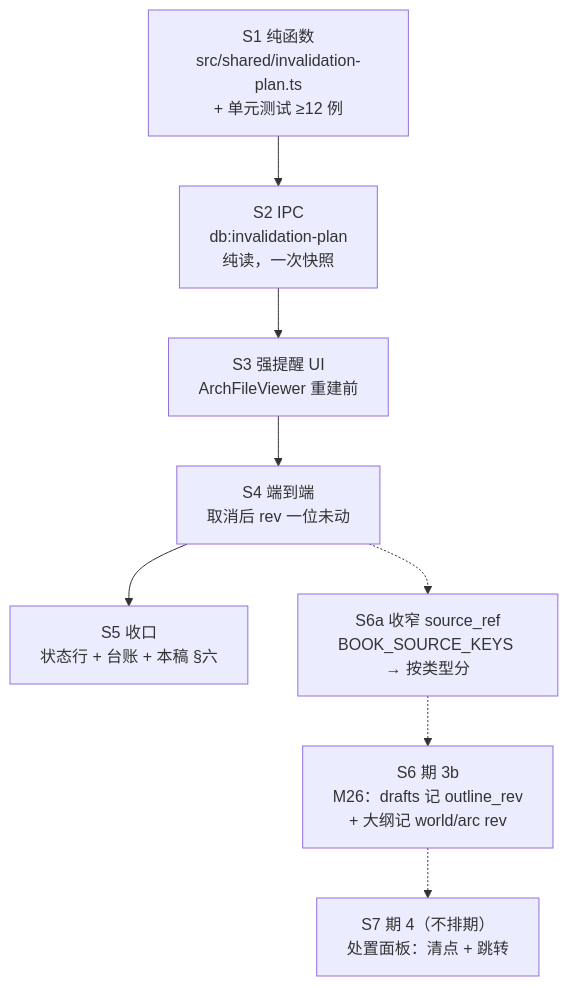
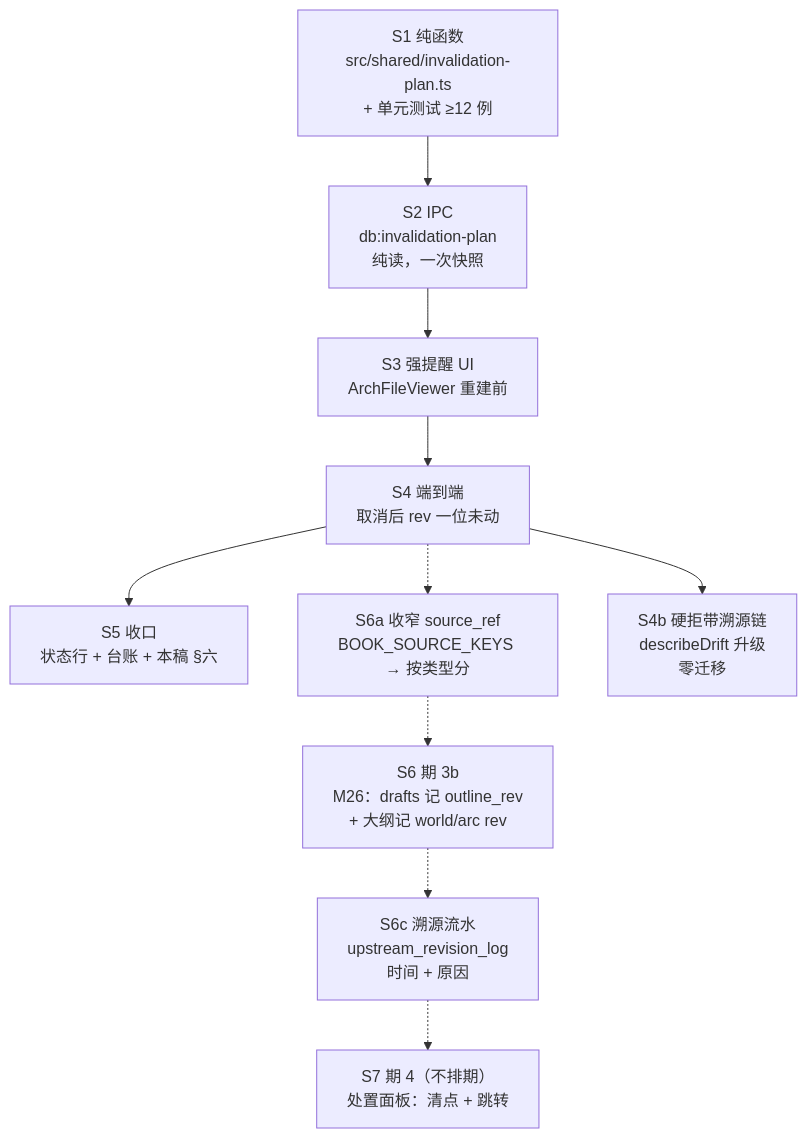
One commit to byfbaish/AI-Novel-Writer changed the diagram in docs/design/architecture/upstream-invalidation-phase3-plan-and-ui.md. Above: the diagram before and after it, drawn with Mermaid. The commit also changed other lines of this file and 2 other files, not shown here.

Commit message:
docs(invalidation): 硬拒必须给溯源链 —— 三层信息，前两层零迁移
作者 2026-10-31：「正文是直接交付物，硬拒可以的，但需要给出理由。回滚和变动
要有据可查，哪怕是级联推算也要能找到是哪一级出现了改动，帮作者想起来自己改了什么。」

## 现状：理由几乎为零

DerivedDrift 只有 {key, have, need}，而 describeDrift 连 have→need 都不输出，
只给域名。今天作者看到的原文是：
  「第12章的章节卡基于的情节大纲已经改过了，请先核对这张卡再重跑后处理」
没有版本、没有章号、没有时间 —— 无从回想。

## 三层信息

1 哪一级   域 + scope                      ✅ behind.key
2 改成什么 版本区间 + 区间内每版改哪些章    ✅ 版本在 behind，章集在 changed_chapters
3 何时为何 每版时间 + 触发原因              ❌ 都没有（当前态表，历史 updated_at 已覆盖）

第 2 层输出格式钉死：
  情节大纲 第3版→第5版（第4版改过第12–14章；第5版改过第31章）
取不到该版（被 20 版上限挤掉）写「该版改动章未知」，不猜、不留空。

## 切片

- **S4b**（零迁移，可随时插入主线）：只升级 describeDrift，不动签名。约 40 行 + 8 例。
- **S6c**（不排期）：upstream_revision_log(domain, scope, rev, at, reason, changed_chapters)，
  bump 同事务追加。它是「回滚要有据可查」的硬需求 —— 卷回滚（P0-1 残留）一旦实现，
  回滚的 bump 与作者手改的 bump 在库里长得一模一样，事后无法区分。
  与 ADR-0026「撤销类收据必须记撤销的是哪个决定」同一条纪律。
  顺带把章集从 JSON 挪进流水行，不再受 20 版上限约束。
  reason 取值待确认：author-edit / regenerate / rollback / import-restore / clear；
  未知记 unknown，不许省略（空白和"不知道"必须是两种东西）。

## 一处边界

级联推算追不到"最初那一改"：蓝图只记 outline，被拒时 behind 只显示「情节大纲 3→5」，
作者改的是世界观这件事不会出现在这条理由里。要追到那层，靠 S6 补的中间环。
⇒ 所以 S4b 与 S6c 必须分开做，别让文案升级被一条迁移堵住。

````diff
--- a/docs/design/architecture/upstream-invalidation-phase3-plan-and-ui.md
+++ b/docs/design/architecture/upstream-invalidation-phase3-plan-and-ui.md
@@ -92,13 +92,16 @@
 ```mermaid
 flowchart TD
   S1["S1 纯函数<br/>src/shared/invalidation-plan.ts<br/>+ 单元测试 ≥12 例"]
   S2["S2 IPC<br/>db:invalidation-plan<br/>纯读，一次快照"]
   S3["S3 强提醒 UI<br/>ArchFileViewer 重建前"]
   S4["S4 端到端<br/>取消后 rev 一位未动"]
   S5["S5 收口<br/>状态行 + 台账 + 本稿 §六"]
   S1 --> S2 --> S3 --> S4 --> S5
   S6a["S6a 收窄 source_ref<br/>BOOK_SOURCE_KEYS → 按类型分"]
   S6["S6 期 3b<br/>M26：drafts 记 outline_rev<br/>+ 大纲记 world/arc rev"]
+  S6c["S6c 溯源流水<br/>upstream_revision_log<br/>时间 + 原因"]
   S7["S7 期 4（不排期）<br/>处置面板：清点 + 跳转"]
-  S4 -.-> S6a -.-> S6 -.-> S7
+  S4b["S4b 硬拒带溯源链<br/>describeDrift 升级<br/>零迁移"]
+  S4 --> S4b
+  S4 -.-> S6a -.-> S6 -.-> S6c -.-> S7
 ```
````
